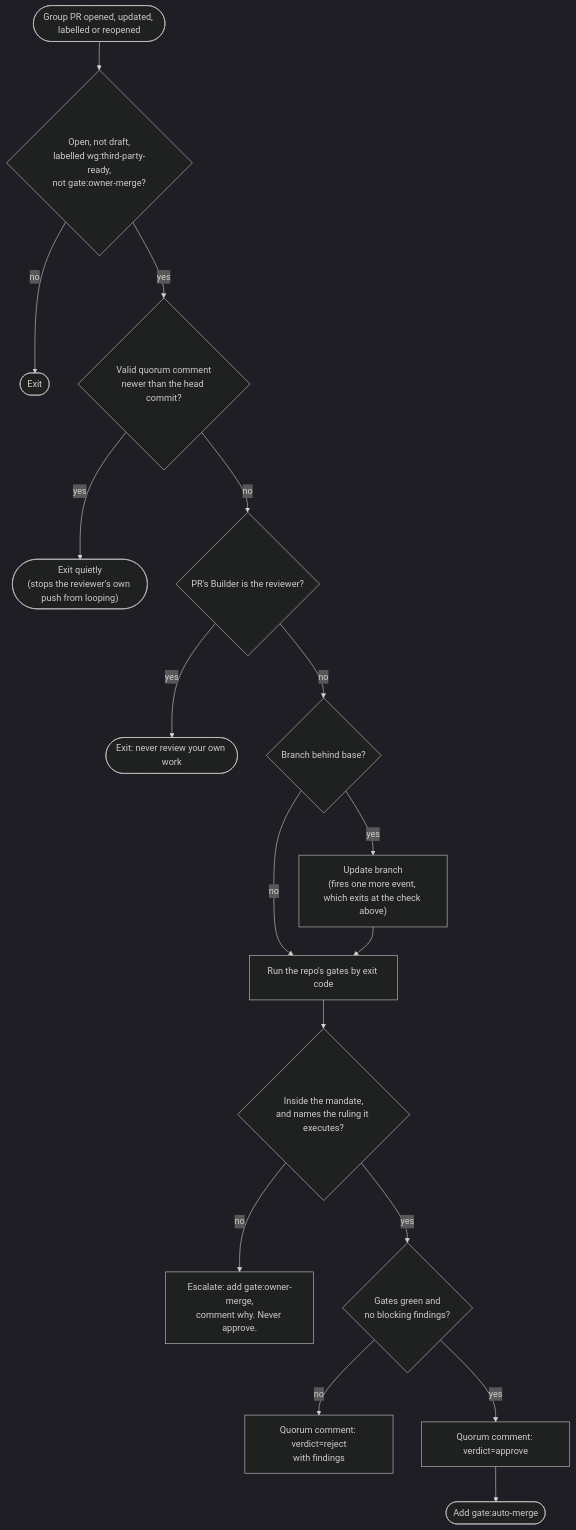
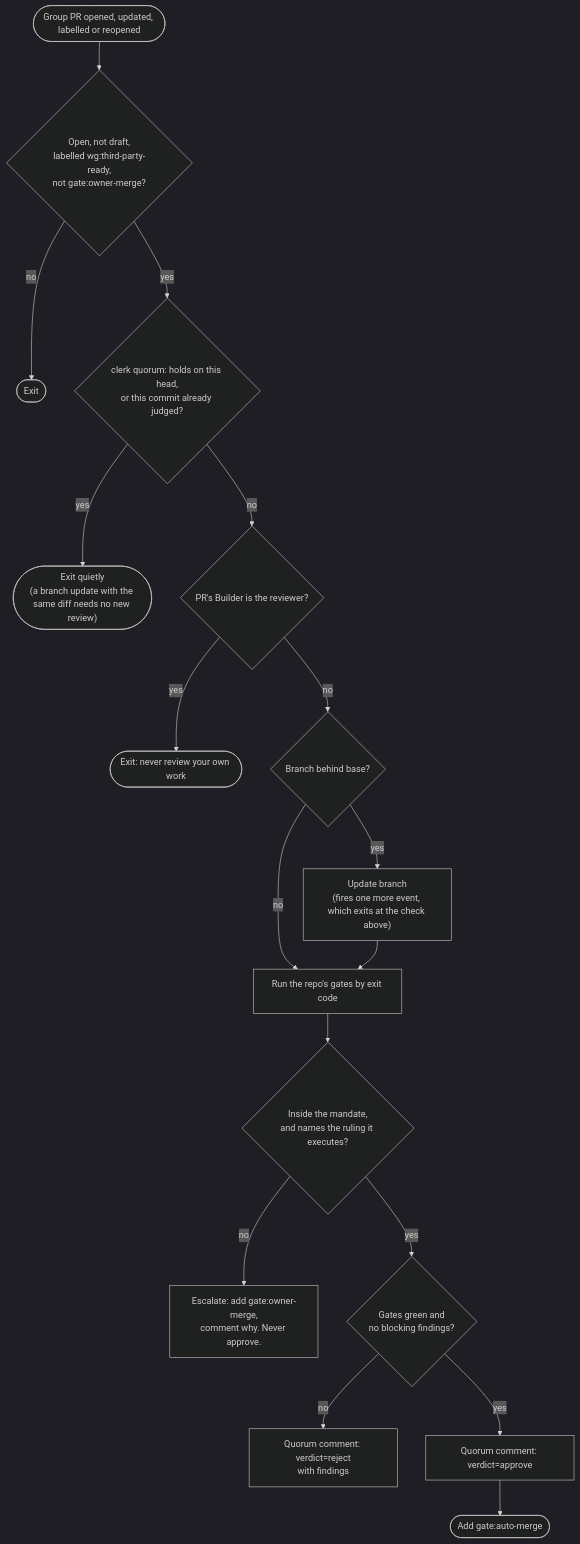
One commit to the-greenman/clerk changed the fourth of 7 diagrams in routines/working-groups.md. Above: the diagram before and after it, drawn with Mermaid (dark theme). The commit also changed other lines of this file and 14 other files, not shown here.

First line of the commit message:
Quorum holds while a PR's own diff is unchanged (clerk#235)

````diff
--- a/routines/working-groups.md
+++ b/routines/working-groups.md
@@ -89,19 +89,19 @@
 ```mermaid
 flowchart TD
   T(["Group PR opened, updated, labelled or reopened"]) --> W{"Open, not draft,<br/>labelled wg:third-party-ready,<br/>not gate:owner-merge?"}
   W -->|no| Z0(["Exit"])
-  W -->|yes| ID{"Valid quorum comment<br/>newer than the head commit?"}
-  ID -->|yes| Z1(["Exit quietly<br/>(stops the reviewer's own push from looping)"])
+  W -->|yes| ID{"clerk quorum: holds on this head,<br/>or this commit already judged?"}
+  ID -->|yes| Z1(["Exit quietly<br/>(a branch update with the same diff needs no new review)"])
   ID -->|no| SB{"PR's Builder is the reviewer?"}
   SB -->|yes| Z2(["Exit: never review your own work"])
   SB -->|no| BH{"Branch behind base?"}
   BH -->|yes| UP["Update branch<br/>(fires one more event, which exits at the check above)"]
   BH -->|no| GT
   UP --> GT["Run the repo's gates by exit code"]
   GT --> MD{"Inside the mandate,<br/>and names the ruling it executes?"}
   MD -->|no| ESC["Escalate: add gate:owner-merge,<br/>comment why. Never approve."]
   MD -->|yes| V{"Gates green and<br/>no blocking findings?"}
   V -->|no| RJ["Quorum comment: verdict=reject<br/>with findings"]
   V -->|yes| AP["Quorum comment: verdict=approve"]
   AP --> AM(["Add gate:auto-merge"])
 ```
````
